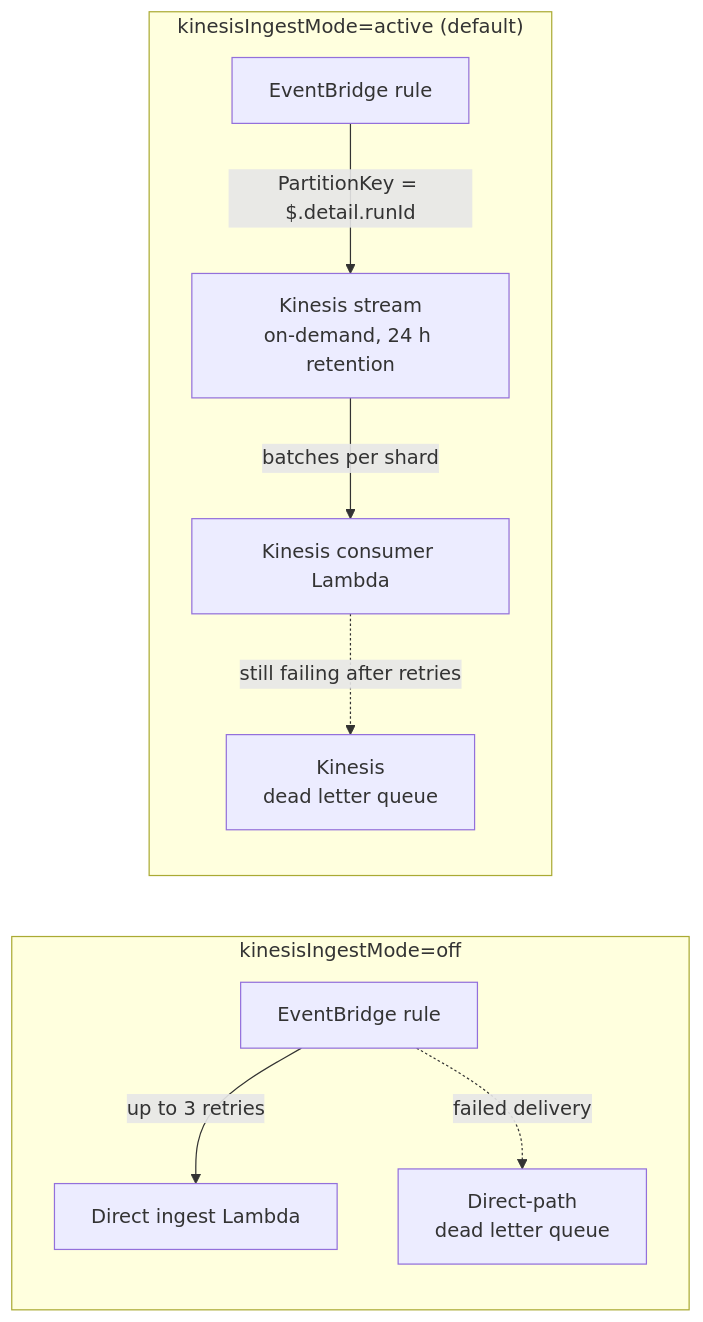
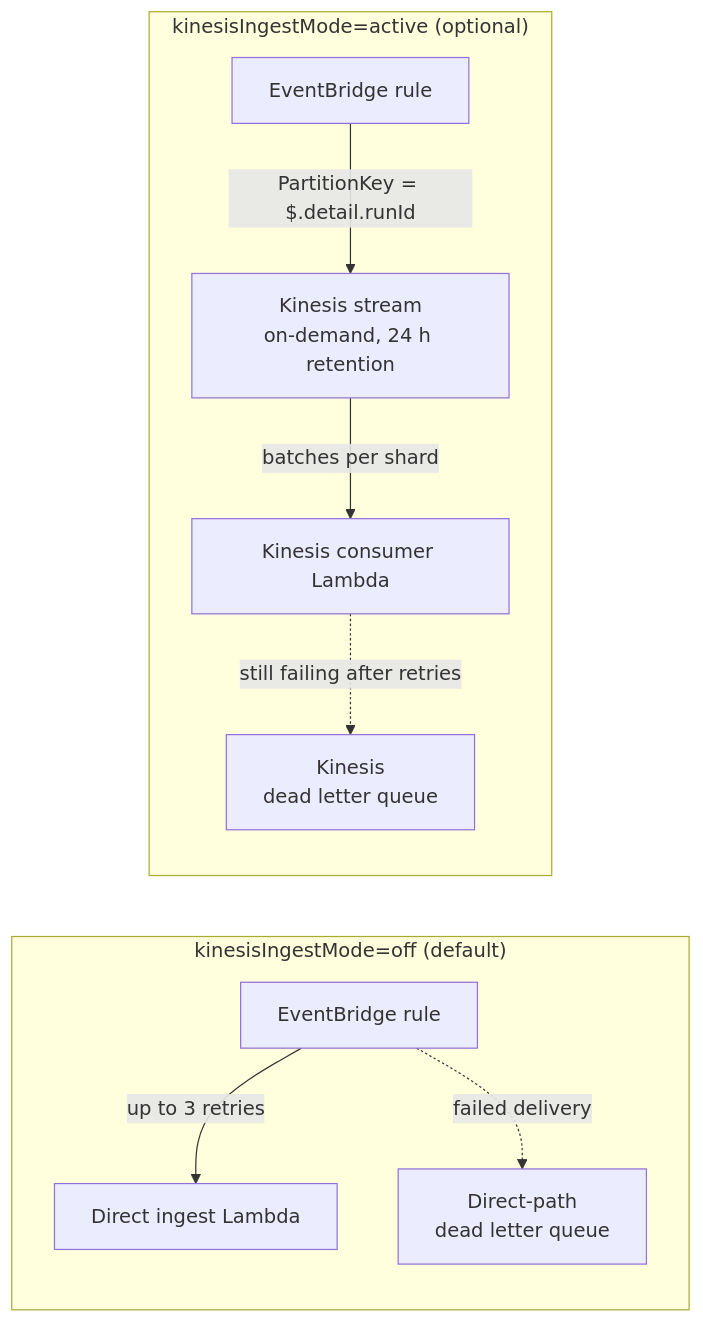
One commit to wisech-aws/aws-healthomic-ops changed the first of 2 diagrams in docs/architecture.md. Above: the diagram before and after it, drawn with Mermaid. The commit also changed other lines of this file and 8 other files, not shown here.

````diff
--- a/docs/architecture.md
+++ b/docs/architecture.md
@@ -34,12 +41,12 @@
 ```mermaid
 flowchart LR
-    subgraph OFF["kinesisIngestMode=off"]
+    subgraph OFF["kinesisIngestMode=off (default)"]
         EB1["EventBridge rule"] -->|"up to 3 retries"| DIR["Direct ingest Lambda"]
         EB1 -.->|"failed delivery"| DLQ1["Direct-path<br/>dead letter queue"]
     end
-    subgraph ACTIVE["kinesisIngestMode=active (default)"]
+    subgraph ACTIVE["kinesisIngestMode=active (optional)"]
         EB2["EventBridge rule"] -->|"PartitionKey = $.detail.runId"| KDS["Kinesis stream<br/>on-demand, 24 h retention"]
         KDS -->|"batches per shard"| CONS["Kinesis consumer Lambda"]
         CONS -.->|"still failing after retries"| DLQ2["Kinesis<br/>dead letter queue"]
     end
 ```
````
